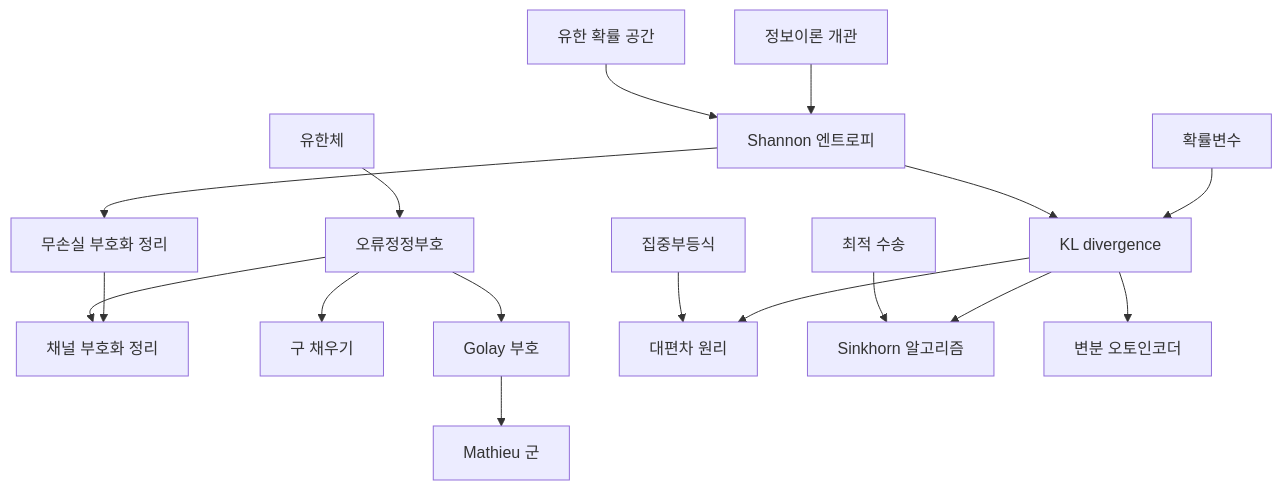
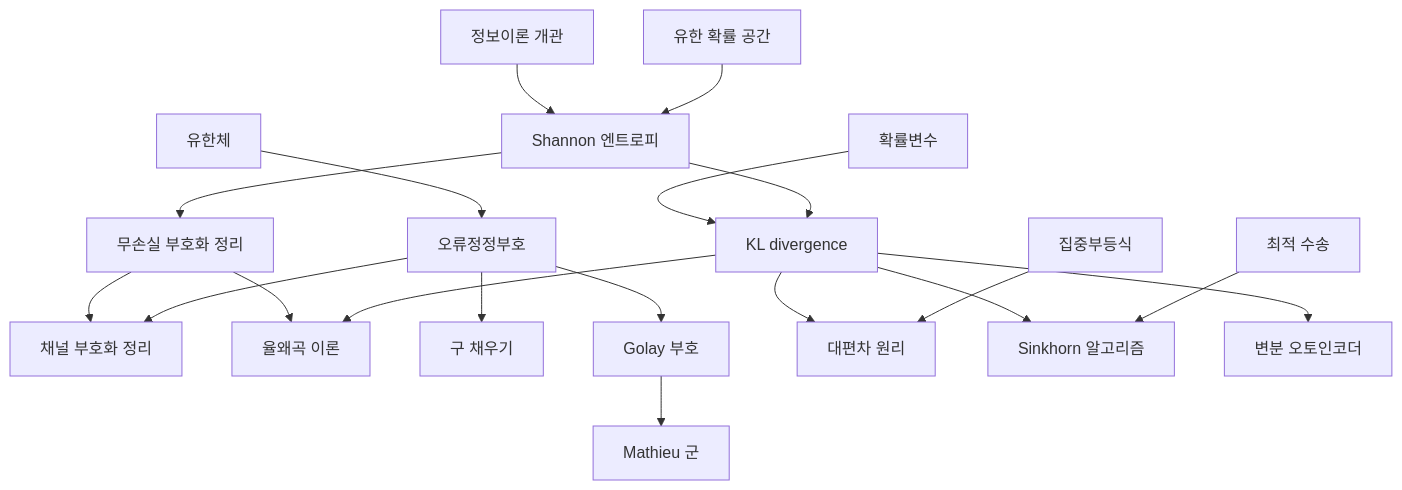
Before and after one commit to Phryxia/math-map: the diagram in docs/information-theory-overview.md, drawn with Mermaid. The commit also changed other lines of this file and 4 other files, not shown here.

````diff
--- a/docs/information-theory-overview.md
+++ b/docs/information-theory-overview.md
@@ -15,19 +15,21 @@
 ```mermaid
 graph TD
   ITO["정보이론 개관"] --> ENT["Shannon 엔트로피"]
   PROB["유한 확률 공간"] --> ENT
   RV["확률변수"] --> KL["KL divergence"]
   ENT --> KL
   ENT --> SC["무손실 부호화 정리"]
   SC --> CC["채널 부호화 정리"]
+  SC --> RD["율왜곡 이론"]
+  KL --> RD
   ECC["오류정정부호"] --> CC
   FF["유한체"] --> ECC
   ECC --> SP["구 채우기"]
   ECC --> GOL["Golay 부호"]
   GOL --> MAT["Mathieu 군"]
   KL --> LD["대편차 원리"]
   CI["집중부등식"] --> LD
   KL --> SINK["Sinkhorn 알고리즘"]
   OT["최적 수송"] --> SINK
   KL --> VAE["변분 오토인코더"]
 ```
````
